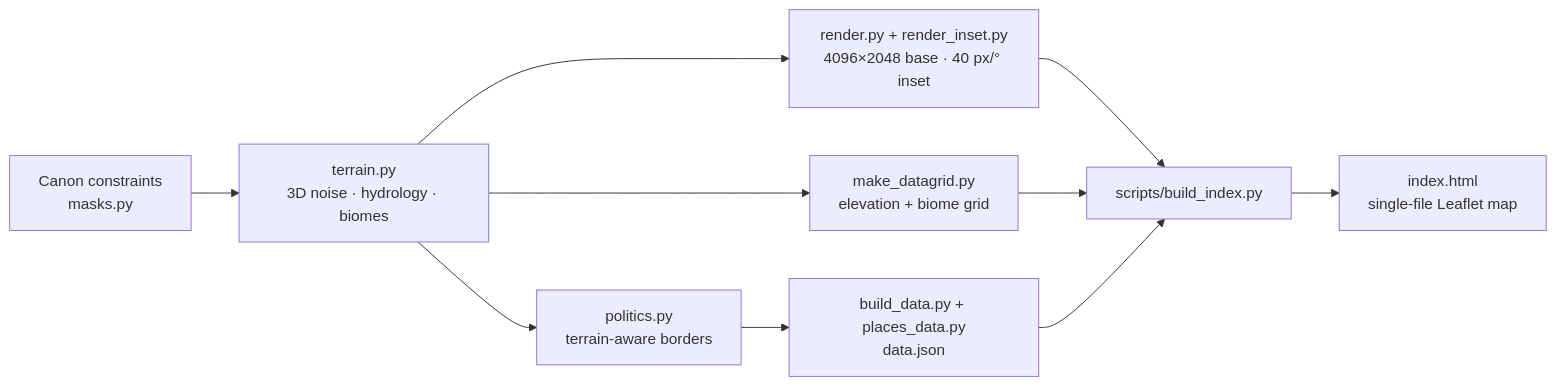
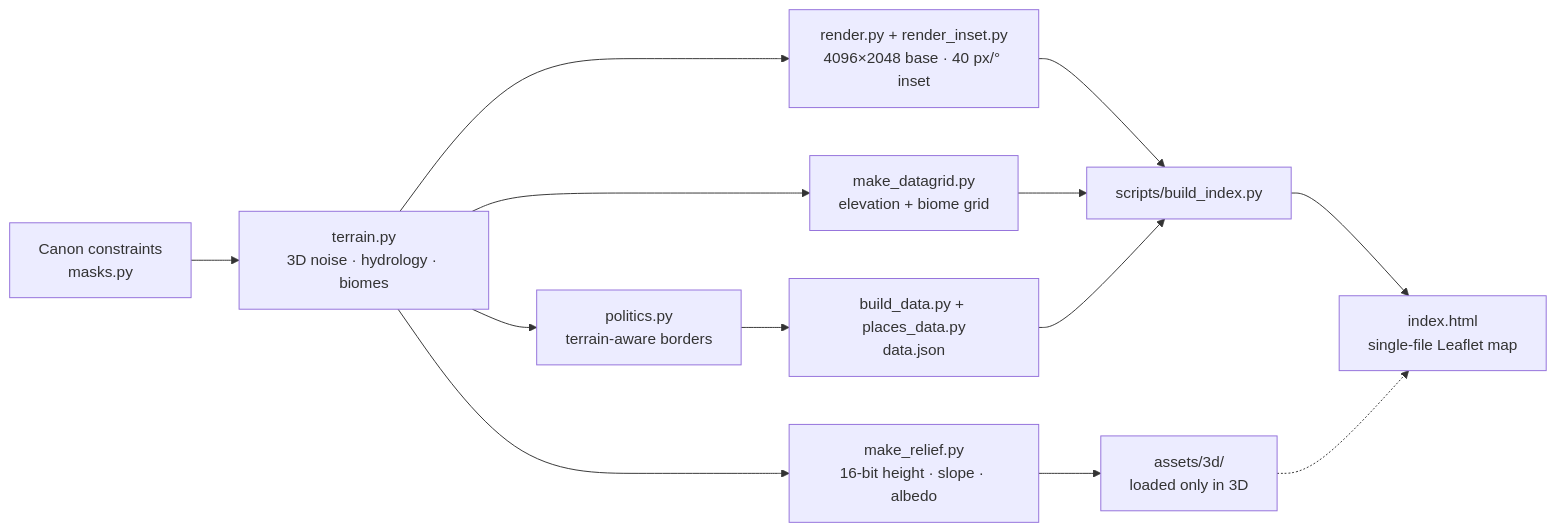
The diagram in README.md (rizkidwisulistianto-web/rhykaris-map), drawn with Mermaid before and after one commit. The commit also changed other lines of this file and 3 other files, not shown here.

````diff
--- a/README.md
+++ b/README.md
@@ -169,12 +212,15 @@
 ```mermaid
 flowchart LR
     C["Canon constraints<br/>masks.py"] --> T["terrain.py<br/>3D noise · hydrology · biomes"]
     T --> R["render.py + render_inset.py<br/>4096×2048 base · 40 px/° inset"]
     T --> G["make_datagrid.py<br/>elevation + biome grid"]
     T --> P["politics.py<br/>terrain-aware borders"]
     P --> D["build_data.py + places_data.py<br/>data.json"]
     R --> B["scripts/build_index.py"]
     G --> B
     D --> B
     B --> H["index.html<br/>single-file Leaflet map"]
+    T --> M["make_relief.py<br/>16-bit height · slope · albedo"]
+    M --> A3["assets/3d/<br/>loaded only in 3D"]
+    A3 -.-> H
 ```
````
